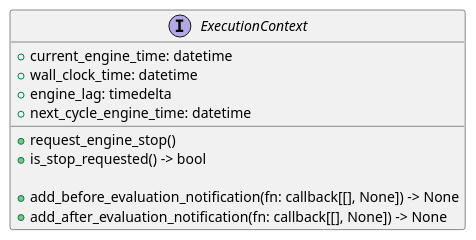
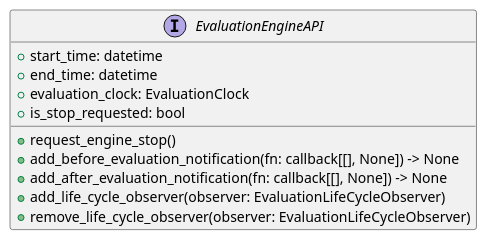
One commit to hhenson/hgraph changed the fifth of 6 diagrams in docs/concepts/forward_propogation_graph.md. Above: the diagram before and after it, drawn with PlantUML. The commit also changed other lines of this file and 9 other files, not shown here.

Commit message:
Update documentation and generate png files for UML descriptions.

````diff
--- a/docs/concepts/forward_propogation_graph.md
+++ b/docs/concepts/forward_propogation_graph.md
@@ -115,14 +161,15 @@
 ```plantuml
-interface ExecutionContext {
-    +current_engine_time: datetime
-    +wall_clock_time: datetime
-    +engine_lag: timedelta
-    +next_cycle_engine_time: datetime
-    
-    +request_engine_stop()
-    +is_stop_requested() -> bool
-    
-    +add_before_evaluation_notification(fn: callback[[], None]) -> None
-    +add_after_evaluation_notification(fn: callback[[], None]) -> None
+@startuml evaluation_engine_api
+interface EvaluationEngineAPI {
+    + start_time: datetime
+    + end_time: datetime
+    + evaluation_clock: EvaluationClock
+    + is_stop_requested: bool
+    + request_engine_stop()
+    + add_before_evaluation_notification(fn: callback[[], None]) -> None
+    + add_after_evaluation_notification(fn: callback[[], None]) -> None
+    + add_life_cycle_observer(observer: EvaluationLifeCycleObserver)
+    + remove_life_cycle_observer(observer: EvaluationLifeCycleObserver)
 }
+@enduml
 ```
````
